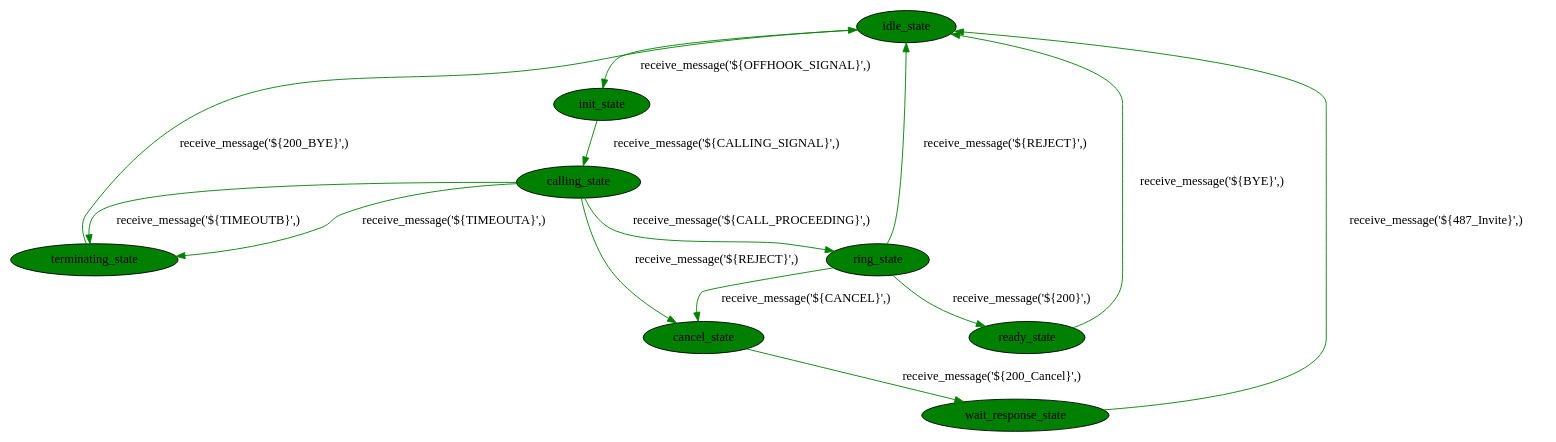
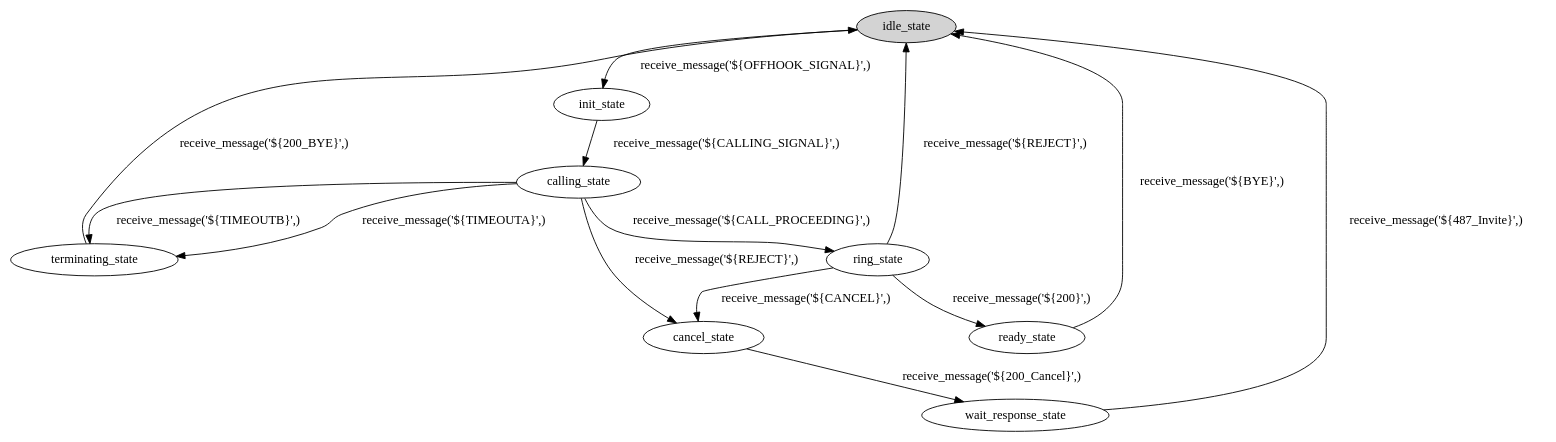
The diagram in src/robogenerator/example/SIPCallService/SIP_Call_Service.dot (blueenergy/robogenerator), drawn with Graphviz before and after one commit. The commit also changed 3 other files, not shown here.

```diff
--- a/src/robogenerator/example/SIPCallService/SIP_Call_Service.dot
+++ b/src/robogenerator/example/SIPCallService/SIP_Call_Service.dot
@@ -1,27 +1,27 @@
 digraph SIP_Call_Service {
 
   // Nodes
-  idle_state [ style=filled, shape=ellipse, peripheries=1, fillcolor=green ]
-  terminating_state [ style=filled, shape=ellipse, peripheries=1, fillcolor=green ]
-  ready_state [ style=filled, shape=ellipse, peripheries=1, fillcolor=green ]
-  ring_state [ style=filled, shape=ellipse, peripheries=1, fillcolor=green ]
-  cancel_state [ style=filled, shape=ellipse, peripheries=1, fillcolor=green ]
-  init_state [ style=filled, shape=ellipse, peripheries=1, fillcolor=green ]
-  calling_state [ style=filled, shape=ellipse, peripheries=1, fillcolor=green ]
-  wait_response_state [ style=filled, shape=ellipse, peripheries=1, fillcolor=green ]
+  idle_state [ style=filled, shape=ellipse, peripheries=1, fillcolor=lightgray ]
+  terminating_state [ style=filled, shape=ellipse, peripheries=1, fillcolor=white ]
+  ready_state [ style=filled, shape=ellipse, peripheries=1, fillcolor=white ]
+  ring_state [ style=filled, shape=ellipse, peripheries=1, fillcolor=white ]
+  cancel_state [ style=filled, shape=ellipse, peripheries=1, fillcolor=white ]
+  init_state [ style=filled, shape=ellipse, peripheries=1, fillcolor=white ]
+  calling_state [ style=filled, shape=ellipse, peripheries=1, fillcolor=white ]
+  wait_response_state [ style=filled, shape=ellipse, peripheries=1, fillcolor=white ]
 
   // Transitions
-  idle_state -> init_state [ label="receive_message('${OFFHOOK_SIGNAL}',)", tooltip="receive_message('${OFFHOOK_SIGNAL}',)",color="green"]
-  init_state -> calling_state [ label="receive_message('${CALLING_SIGNAL}',)", tooltip="receive_message('${CALLING_SIGNAL}',)",color="green"]
-  calling_state -> terminating_state [ label="receive_message('${TIMEOUTB}',)", tooltip="receive_message('${TIMEOUTB}',)",color="green"]
-  calling_state -> terminating_state [ label="receive_message('${TIMEOUTA}',)", tooltip="receive_message('${TIMEOUTA}',)",color="green"]
-  calling_state -> ring_state [ label="receive_message('${CALL_PROCEEDING}',)", tooltip="receive_message('${CALL_PROCEEDING}',)",color="green"]
-  calling_state -> cancel_state [ label="receive_message('${REJECT}',)", tooltip="receive_message('${REJECT}',)",color="green"]
-  terminating_state -> idle_state [ label="receive_message('${200_BYE}',)", tooltip="receive_message('${200_BYE}',)",color="green"]
-  cancel_state -> wait_response_state [ label="receive_message('${200_Cancel}',)", tooltip="receive_message('${200_Cancel}',)",color="green"]
-  ring_state -> ready_state [ label="receive_message('${200}',)", tooltip="receive_message('${200}',)",color="green"]
-  ring_state -> idle_state [ label="receive_message('${REJECT}',)", tooltip="receive_message('${REJECT}',)",color="green"]
-  ring_state -> cancel_state [ label="receive_message('${CANCEL}',)", tooltip="receive_message('${CANCEL}',)",color="green"]
-  ready_state -> idle_state [ label="receive_message('${BYE}',)", tooltip="receive_message('${BYE}',)",color="green"]
-  wait_response_state -> idle_state [ label="receive_message('${487_Invite}',)", tooltip="receive_message('${487_Invite}',)",color="green"]
+  idle_state -> init_state [ label="receive_message('${OFFHOOK_SIGNAL}',)", tooltip="receive_message('${OFFHOOK_SIGNAL}',)",color="black"]
+  init_state -> calling_state [ label="receive_message('${CALLING_SIGNAL}',)", tooltip="receive_message('${CALLING_SIGNAL}',)",color="black"]
+  calling_state -> terminating_state [ label="receive_message('${TIMEOUTB}',)", tooltip="receive_message('${TIMEOUTB}',)",color="black"]
+  calling_state -> terminating_state [ label="receive_message('${TIMEOUTA}',)", tooltip="receive_message('${TIMEOUTA}',)",color="black"]
+  calling_state -> ring_state [ label="receive_message('${CALL_PROCEEDING}',)", tooltip="receive_message('${CALL_PROCEEDING}',)",color="black"]
+  calling_state -> cancel_state [ label="receive_message('${REJECT}',)", tooltip="receive_message('${REJECT}',)",color="black"]
+  terminating_state -> idle_state [ label="receive_message('${200_BYE}',)", tooltip="receive_message('${200_BYE}',)",color="black"]
+  cancel_state -> wait_response_state [ label="receive_message('${200_Cancel}',)", tooltip="receive_message('${200_Cancel}',)",color="black"]
+  ring_state -> ready_state [ label="receive_message('${200}',)", tooltip="receive_message('${200}',)",color="black"]
+  ring_state -> idle_state [ label="receive_message('${REJECT}',)", tooltip="receive_message('${REJECT}',)",color="black"]
+  ring_state -> cancel_state [ label="receive_message('${CANCEL}',)", tooltip="receive_message('${CANCEL}',)",color="black"]
+  ready_state -> idle_state [ label="receive_message('${BYE}',)", tooltip="receive_message('${BYE}',)",color="black"]
+  wait_response_state -> idle_state [ label="receive_message('${487_Invite}',)", tooltip="receive_message('${487_Invite}',)",color="black"]
 }
```
